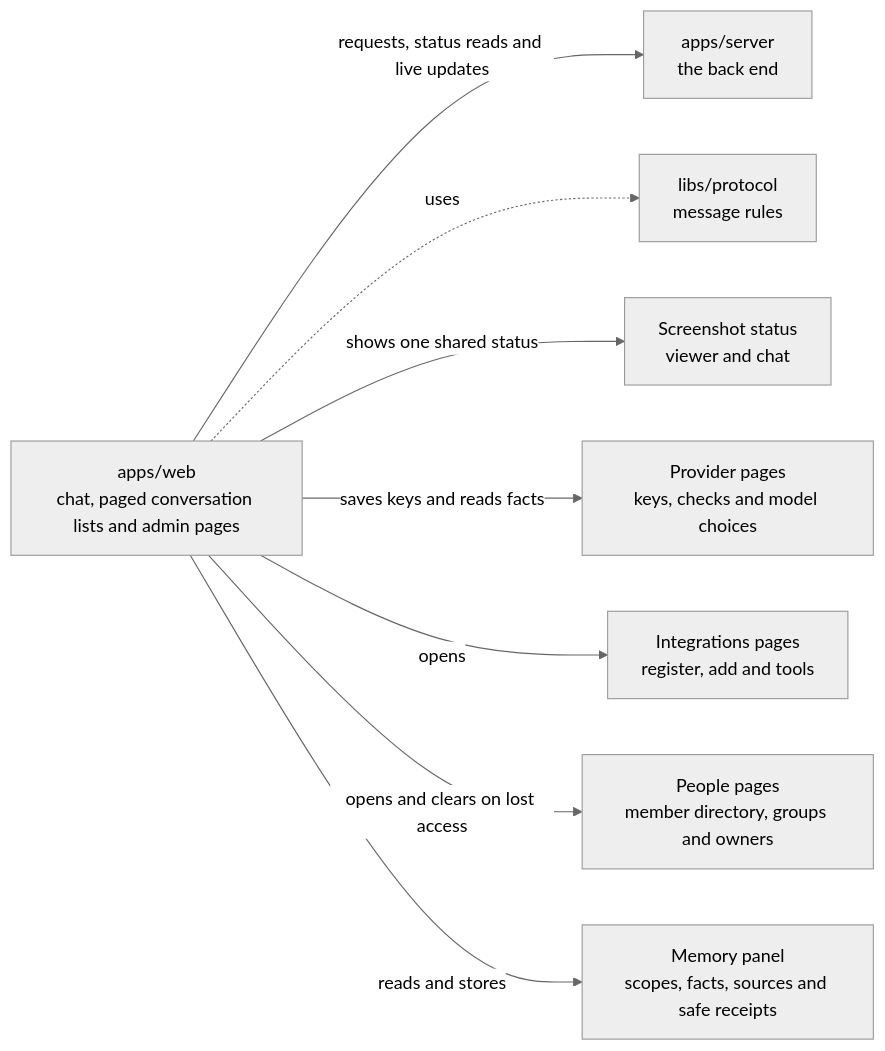
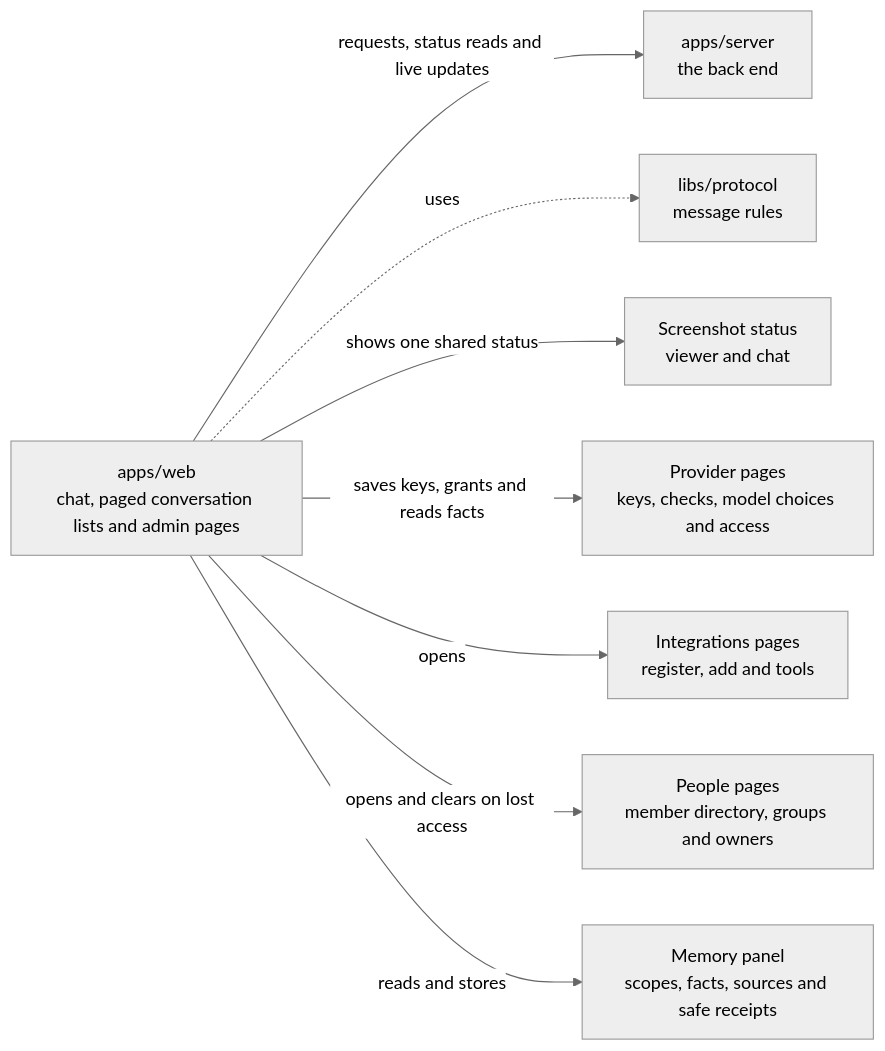
One commit to elewa-git/opencrane-new changed the diagram in apps/web/README.md. Above: the diagram before and after it, drawn with Mermaid (neutral theme). The commit also changed other lines of this file and 30 other files, not shown here.

Commit message:
🔐 Let admins save one model access grant or removal at a time

````diff
--- a/apps/web/README.md
+++ b/apps/web/README.md
@@ -11,10 +11,10 @@
 ```mermaid
 flowchart LR
   web["apps/web<br/>chat, paged conversation lists and admin pages"] -->|requests, status reads and live updates| server["apps/server<br/>the back end"]
   web -.->|uses| protocol["libs/protocol<br/>message rules"]
   web -->|shows one shared status| capture["Screenshot status<br/>viewer and chat"]
-  web -->|saves keys and reads facts| providers["Provider pages<br/>keys, checks and model choices"]
+  web -->|saves keys, grants and reads facts| providers["Provider pages<br/>keys, checks, model choices and access"]
   web -->|opens| integrations["Integrations pages<br/>register, add and tools"]
   web -->|opens and clears on lost access| people["People pages<br/>member directory, groups and owners"]
   web -->|reads and stores| memory["Memory panel<br/>scopes, facts, sources and safe receipts"]
 ```
````
